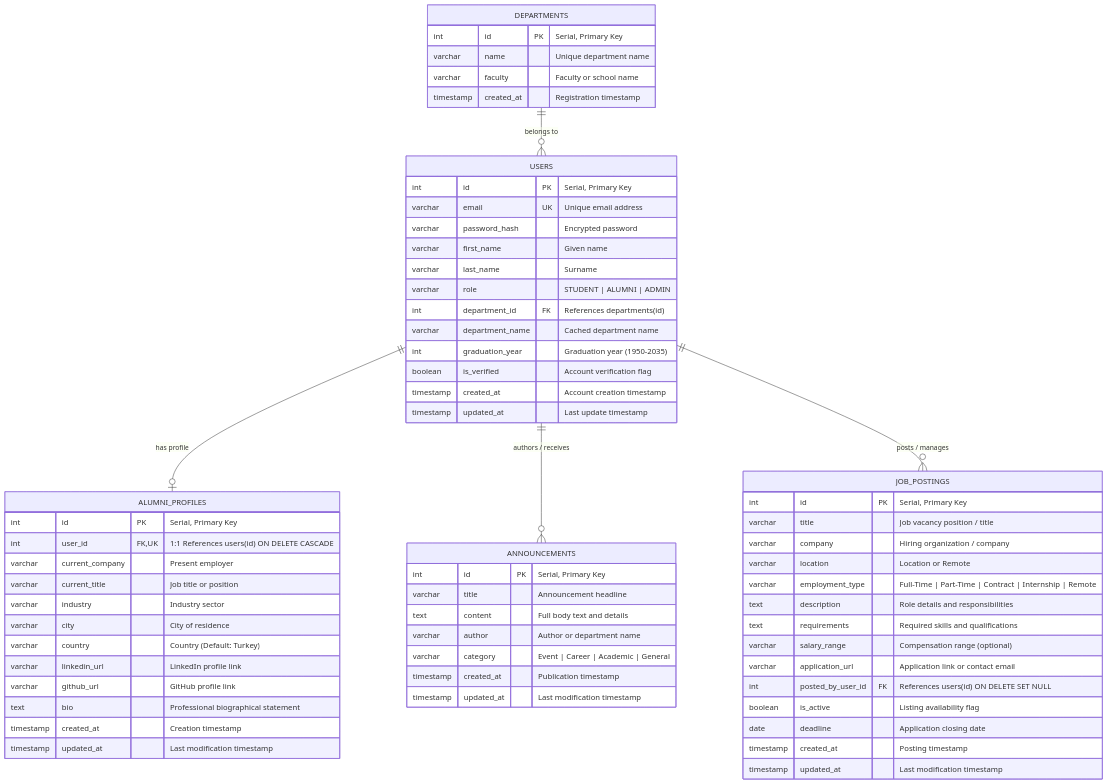
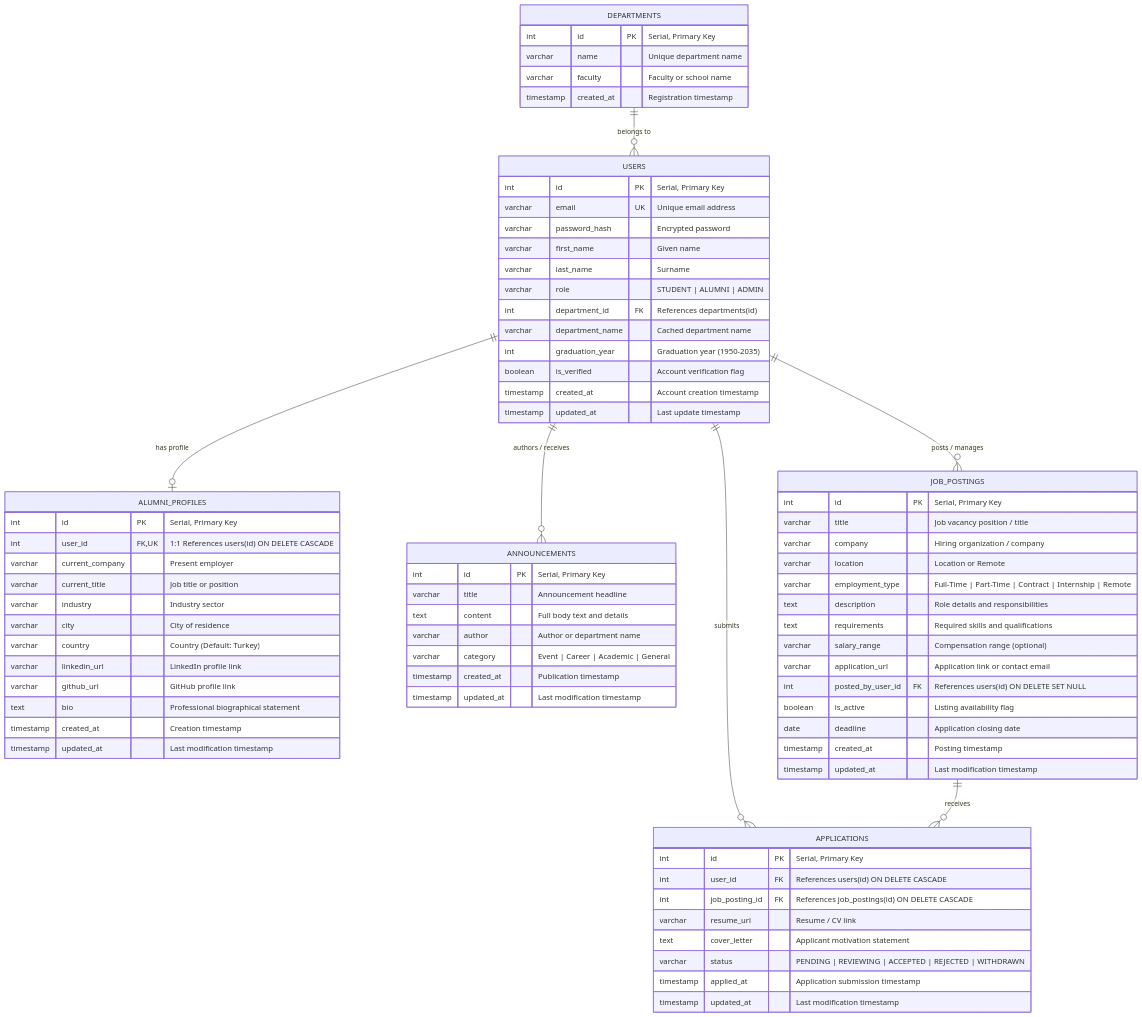
Before and after one commit to ceydasenemyigit/alumni: the diagram in ddd.md, drawn with Mermaid. The commit also changed other lines of this file and 26 other files, not shown here.

Commit message:
feat: implement applications action table resolving user and job_postings N:M relation with migration, models, MVC views, and REST API

````diff
--- a/ddd.md
+++ b/ddd.md
@@ -34,6 +35,8 @@
     USERS ||--o| ALUMNI_PROFILES : "has profile"
     USERS ||--o{ ANNOUNCEMENTS : "authors / receives"
     USERS ||--o{ JOB_POSTINGS : "posts / manages"
+    USERS ||--o{ APPLICATIONS : "submits"
+    JOB_POSTINGS ||--o{ APPLICATIONS : "receives"
 
     DEPARTMENTS {
         int id PK "Serial, Primary Key"
@@ -98,4 +101,15 @@
         timestamp created_at "Posting timestamp"
         timestamp updated_at "Last modification timestamp"
     }
+
+    APPLICATIONS {
+        int id PK "Serial, Primary Key"
+        int user_id FK "References users(id) ON DELETE CASCADE"
+        int job_posting_id FK "References job_postings(id) ON DELETE CASCADE"
+        varchar resume_url "Resume / CV link"
+        text cover_letter "Applicant motivation statement"
+        varchar status "PENDING | REVIEWING | ACCEPTED | REJECTED | WITHDRAWN"
+        timestamp applied_at "Application submission timestamp"
+        timestamp updated_at "Last modification timestamp"
+    }
 ```
````
